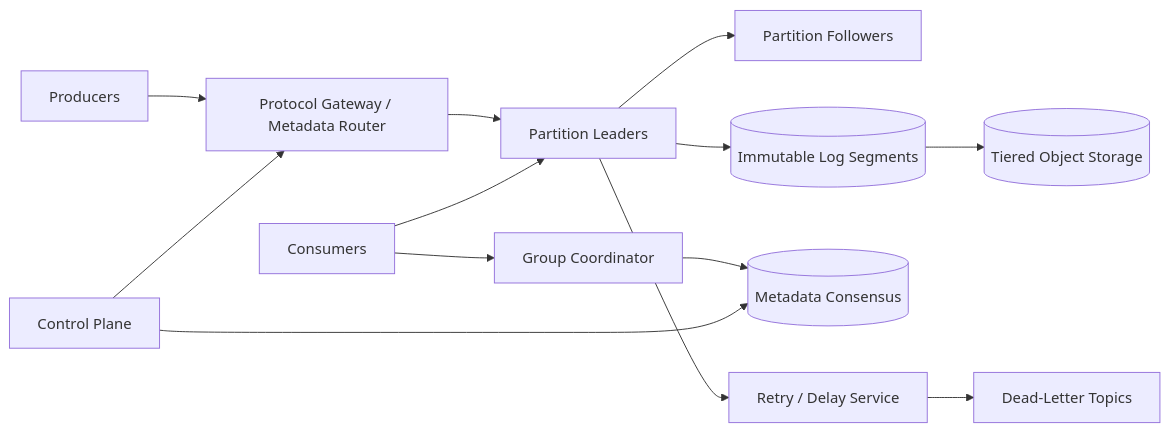
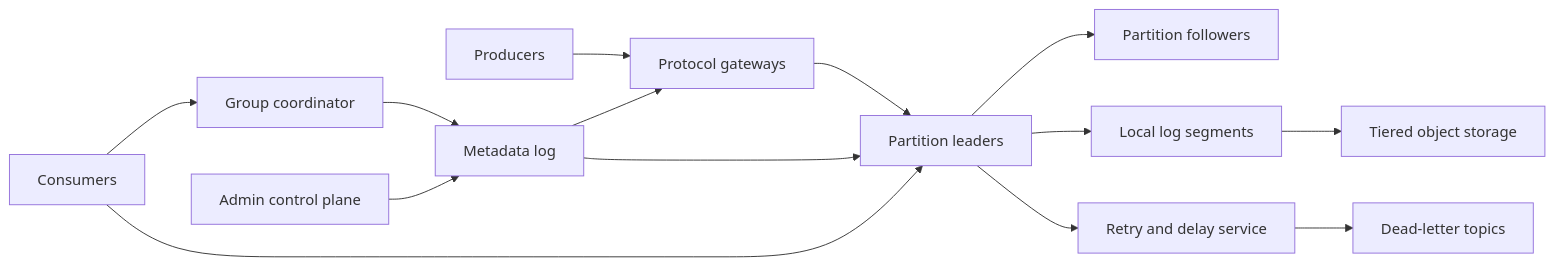
Before and after one commit to Pranshu258/system-design: the second of 5 diagrams in pub-sub-message-queue-system-design.md, drawn with Mermaid. The commit also changed other lines of this file and 23 other files, not shown here.

````diff
--- a/pub-sub-message-queue-system-design.md
+++ b/pub-sub-message-queue-system-design.md
@@ -42,15 +189,16 @@
 ```mermaid
 flowchart LR
-    P[Producers] --> G[Protocol Gateway / Metadata Router]
-    G --> L[Partition Leaders]
-    L --> F[Partition Followers]
-    L --> SEG[(Immutable Log Segments)]
-    SEG --> TIER[(Tiered Object Storage)]
-    C[Consumers] --> CO[Group Coordinator]
-    CO --> M[(Metadata Consensus)]
+    P["Producers"] --> G["Protocol gateways"]
+    G --> L["Partition leaders"]
+    L --> F["Partition followers"]
+    L --> S["Local log segments"]
+    S --> O["Tiered object storage"]
+    C["Consumers"] --> CO["Group coordinator"]
+    CO --> M["Metadata log"]
     C --> L
-    L --> D[Retry / Delay Service]
-    D --> DLQ[Dead-Letter Topics]
-    CP[Control Plane] --> M
-    CP --> G
+    L --> R["Retry and delay service"]
+    R --> D["Dead-letter topics"]
+    A["Admin control plane"] --> M
+    M --> G
+    M --> L
 ```
````
